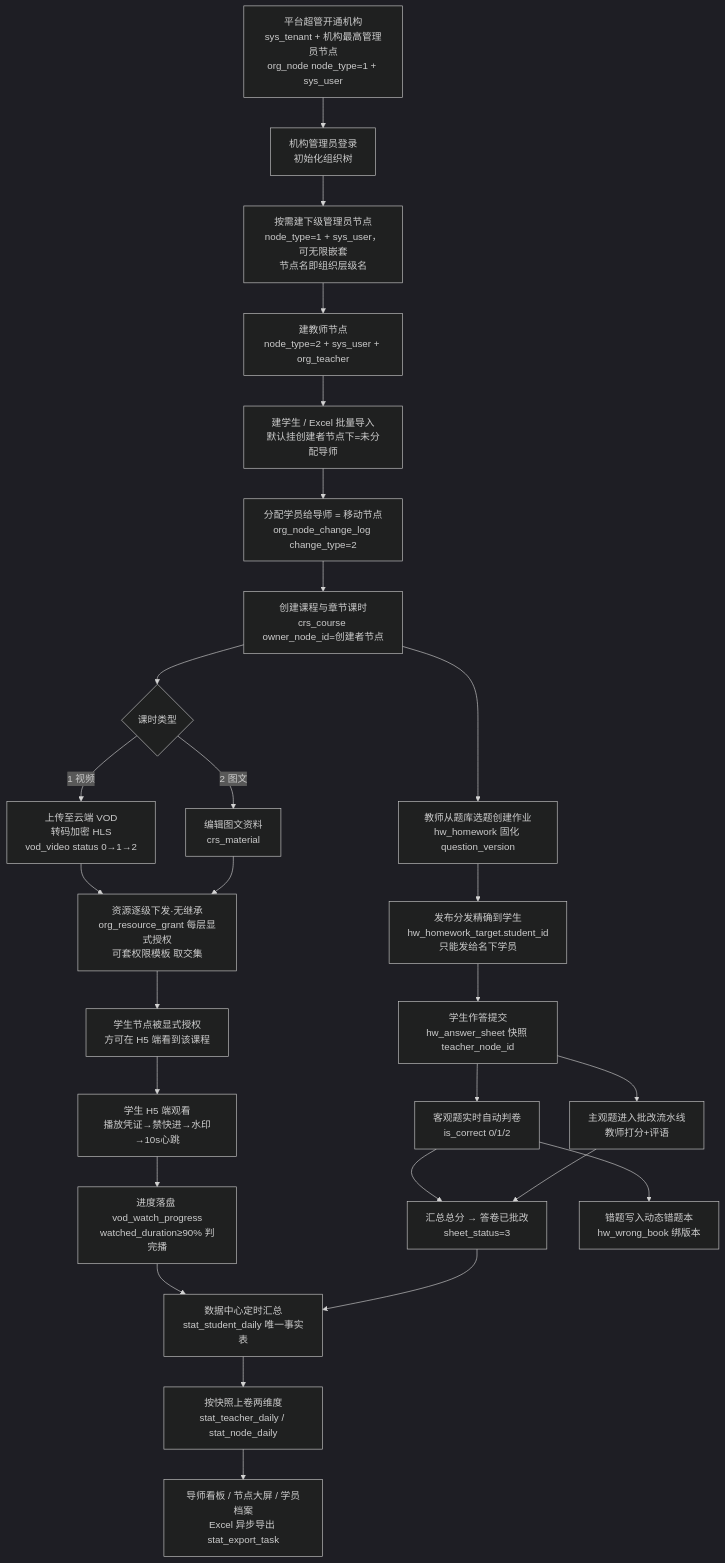
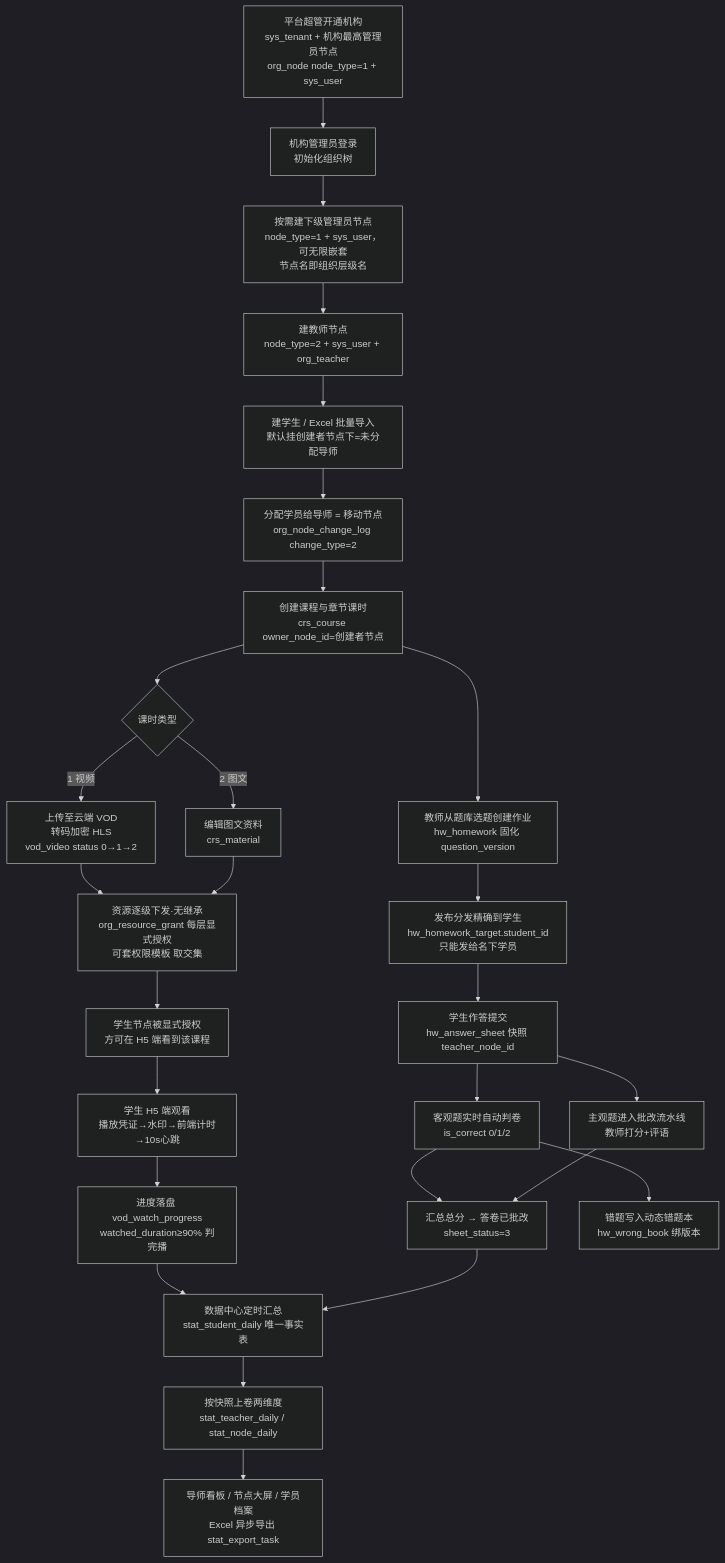
One commit to SaveW1nd/EduMatrix changed the diagram in docs/01-PRD-产品需求文档.md. Above: the diagram before and after it, drawn with Mermaid (dark theme). The commit also changed other lines of this file and 10 other files, not shown here.

````diff
--- a/docs/01-PRD-产品需求文档.md
+++ b/docs/01-PRD-产品需求文档.md
@@ -207,29 +217,29 @@
 ```mermaid
 flowchart TD
     A[平台超管开通机构\nsys_tenant + 机构最高管理员节点\norg_node node_type=1 + sys_user] --> B[机构管理员登录\n初始化组织树]
     B --> C[按需建下级管理员节点\nnode_type=1 + sys_user，可无限嵌套\n节点名即组织层级名]
     C --> D[建教师节点\nnode_type=2 + sys_user + org_teacher]
     D --> E[建学生 / Excel 批量导入\n默认挂创建者节点下=未分配导师]
     E --> F[分配学员给导师 = 移动节点\norg_node_change_log change_type=2]
     F --> G[创建课程与章节课时\ncrs_course owner_node_id=创建者节点]
     G --> H{课时类型}
     H -->|1 视频| I[上传至云端 VOD\n转码加密 HLS\nvod_video status 0→1→2]
     H -->|2 图文| J[编辑图文资料\ncrs_material]
     I --> K[资源逐级下发·无继承\norg_resource_grant 每层显式授权\n可套权限模板 取交集]
     J --> K
     K --> L[学生节点被显式授权\n方可在 H5 端看到该课程]
-    L --> M[学生 H5 端观看\n播放凭证→禁快进→水印→10s心跳]
+    L --> M[学生 H5 端观看\n播放凭证→水印→前端计时→10s心跳]
     M --> N[进度落盘 vod_watch_progress\nwatched_duration≥90% 判完播]
     G --> O[教师从题库选题创建作业\nhw_homework 固化 question_version]
     O --> P[发布分发精确到学生\nhw_homework_target.student_id\n只能发给名下学员]
     P --> Q[学生作答提交\nhw_answer_sheet 快照 teacher_node_id]
     Q --> R[客观题实时自动判卷\nis_correct 0/1/2]
     Q --> S[主观题进入批改流水线\n教师打分+评语]
     R --> T[汇总总分 → 答卷已批改\nsheet_status=3]
     S --> T
     R --> U[错题写入动态错题本\nhw_wrong_book 绑版本]
     N --> V[数据中心定时汇总\nstat_student_daily 唯一事实表]
     T --> V
     V --> W[按快照上卷两维度\nstat_teacher_daily / stat_node_daily]
     W --> X[导师看板 / 节点大屏 / 学员档案\nExcel 异步导出 stat_export_task]
 ```
````
